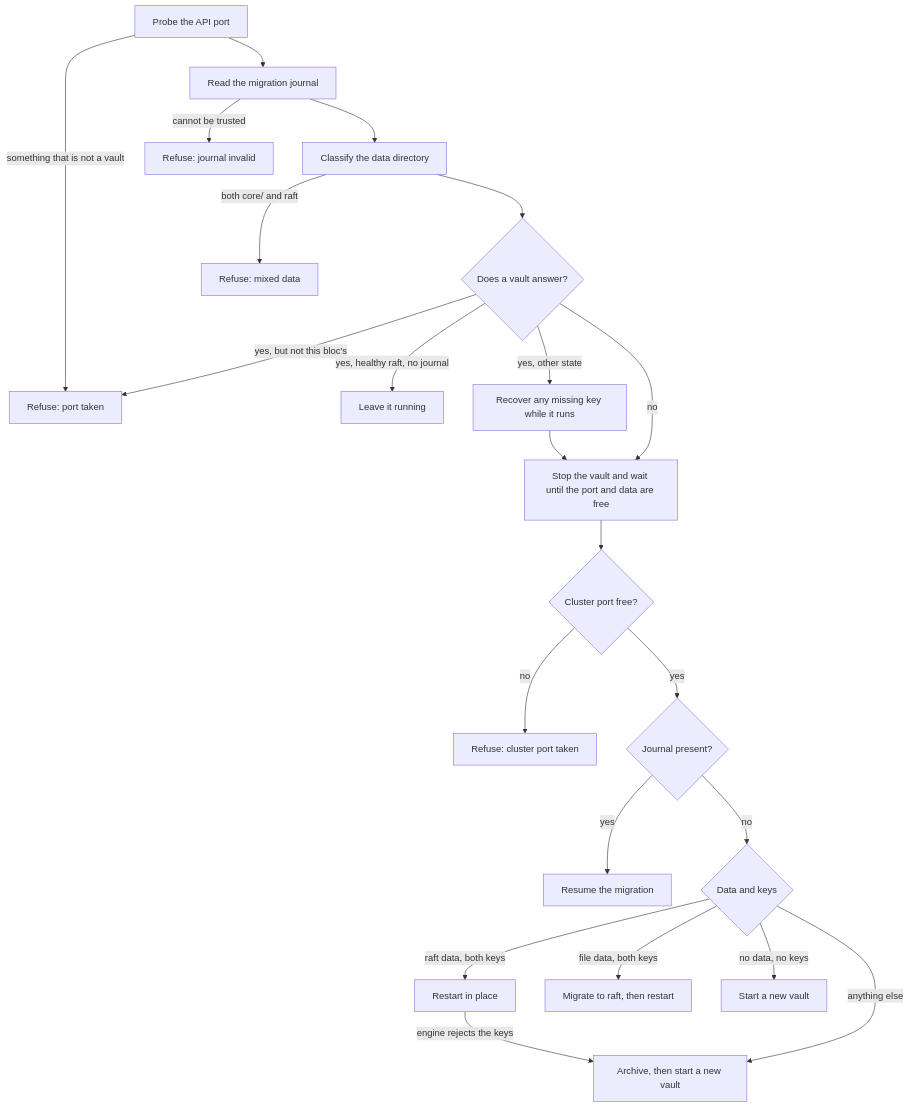
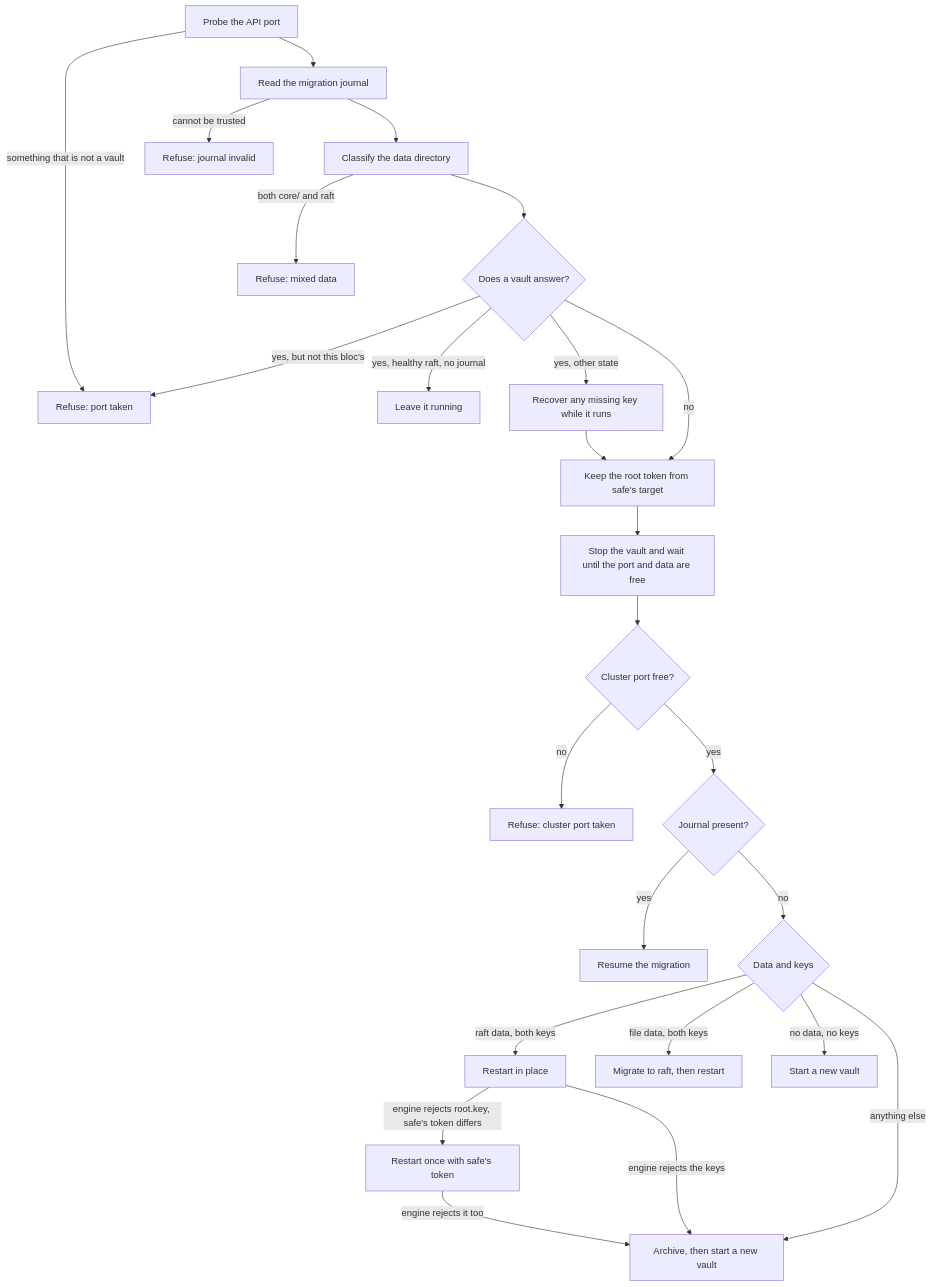
The diagram in docs/inception-vault.md (fivetwenty-io/ocfp-cli), drawn with Mermaid before and after one commit. The commit also changed other lines of this file and 7 other files, not shown here.

````diff
--- a/docs/inception-vault.md
+++ b/docs/inception-vault.md
@@ -42,24 +44,27 @@
 ```mermaid
 flowchart TD
     A[Probe the API port] -->|something that is not a vault| X1[Refuse: port taken]
     A --> B[Read the migration journal]
     B -->|cannot be trusted| X2[Refuse: journal invalid]
     B --> C[Classify the data directory]
     C -->|both core/ and raft| X3[Refuse: mixed data]
     C --> D{Does a vault answer?}
     D -->|yes, but not this bloc's| X1
     D -->|yes, healthy raft, no journal| H[Leave it running]
     D -->|yes, other state| R[Recover any missing key while it runs]
-    D -->|no| S
-    R --> S[Stop the vault and wait until the port and data are free]
+    D -->|no| T
+    R --> T[Keep the root token from safe's target]
+    T --> S[Stop the vault and wait until the port and data are free]
     S --> P{Cluster port free?}
     P -->|no| X4[Refuse: cluster port taken]
     P -->|yes| J{Journal present?}
     J -->|yes| M[Resume the migration]
     J -->|no| K{Data and keys}
     K -->|raft data, both keys| RS[Restart in place]
     K -->|file data, both keys| MG[Migrate to raft, then restart]
     K -->|no data, no keys| F[Start a new vault]
     K -->|anything else| AR[Archive, then start a new vault]
+    RS -->|engine rejects root.key, safe's token differs| RT[Restart once with safe's token]
     RS -->|engine rejects the keys| AR
+    RT -->|engine rejects it too| AR
 ```
````
